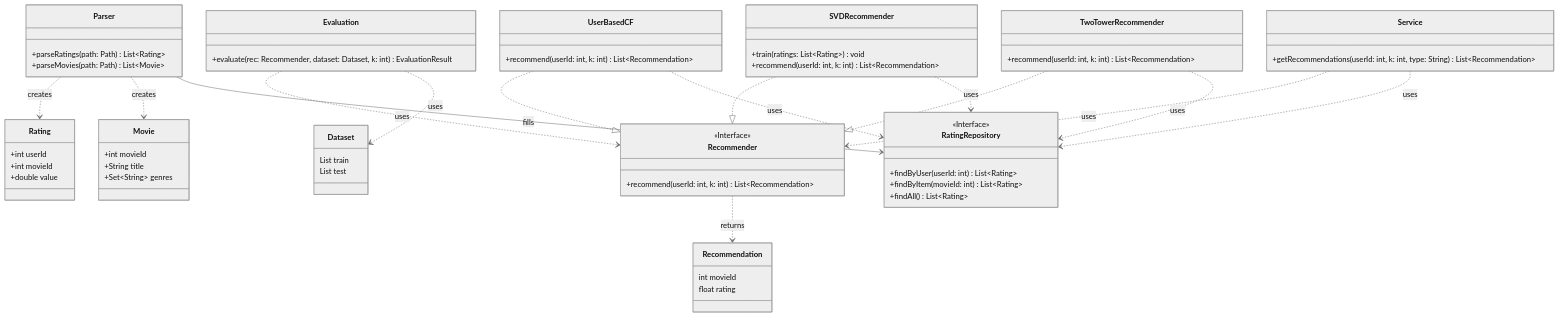
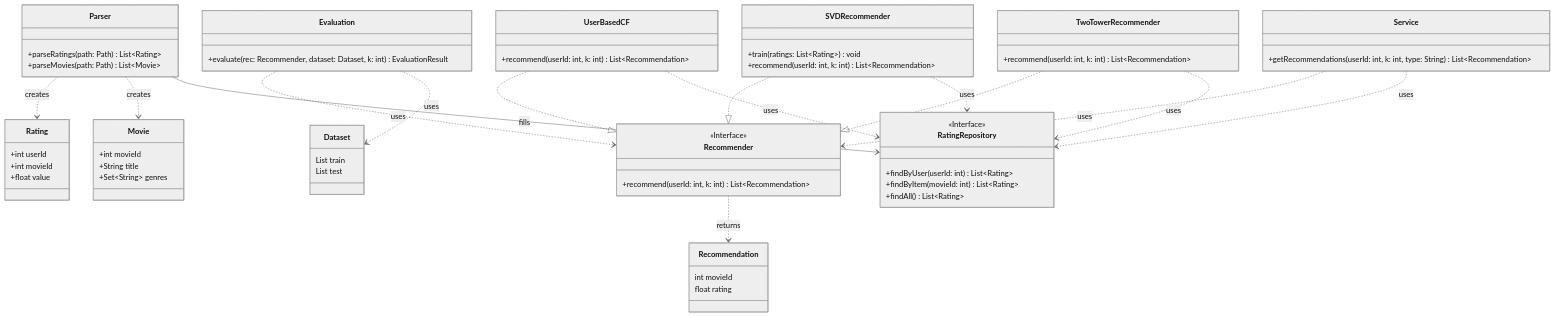
Before and after one commit to w1c1y1/Java-RecSys: the diagram in README.md, drawn with Mermaid (neutral theme). The commit also changed 2 other files, not shown here.

```diff
--- a/README.md
+++ b/README.md
@@ -14,7 +14,7 @@
     class Rating {
         +int userId
         +int movieId
-        +double value
+        +float value
     }
 
     class Dataset {
```
